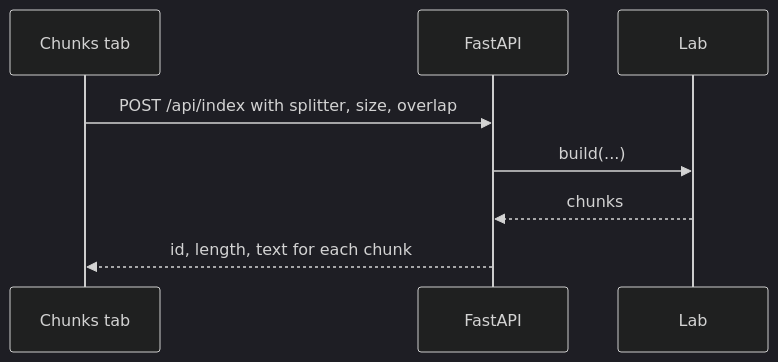
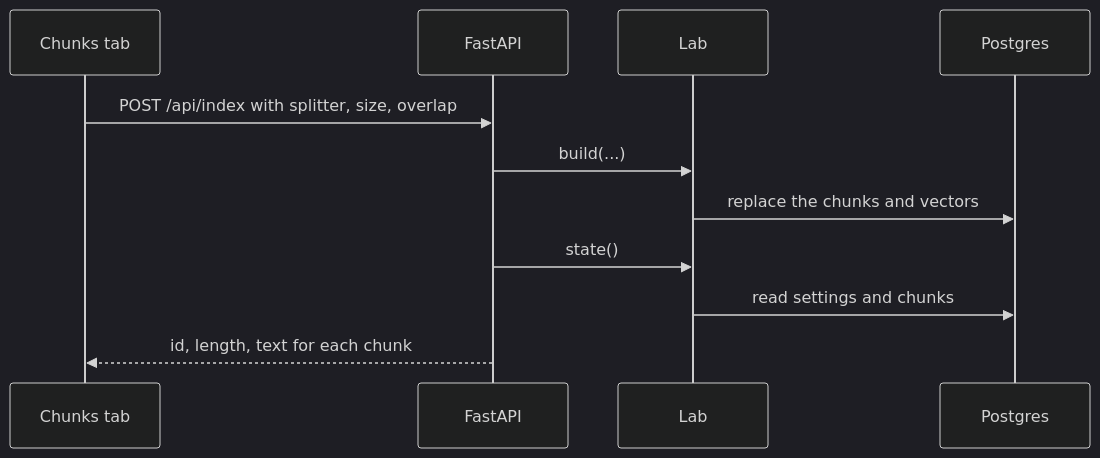
Before and after one commit to Thommans-Playground/coursera-IBM-RAG-Agentic-AI-Professional-Certificate: the fourth of 8 diagrams in course2/module1/tutorials/03-build-the-rag-lab-web-app.md, drawn with Mermaid (dark theme). The commit also changed other lines of this file and 18 other files, not shown here.

````diff
--- a/course2/module1/tutorials/03-build-the-rag-lab-web-app.md
+++ b/course2/module1/tutorials/03-build-the-rag-lab-web-app.md
@@ -147,10 +289,13 @@
 ```mermaid
 sequenceDiagram
     participant P as Chunks tab
     participant A as FastAPI
     participant L as Lab
+    participant D as Postgres
     P->>A: POST /api/index with splitter, size, overlap
     A->>L: build(...)
-    L-->>A: chunks
+    L->>D: replace the chunks and vectors
+    A->>L: state()
+    L->>D: read settings and chunks
     A-->>P: id, length, text for each chunk
 ```
````
